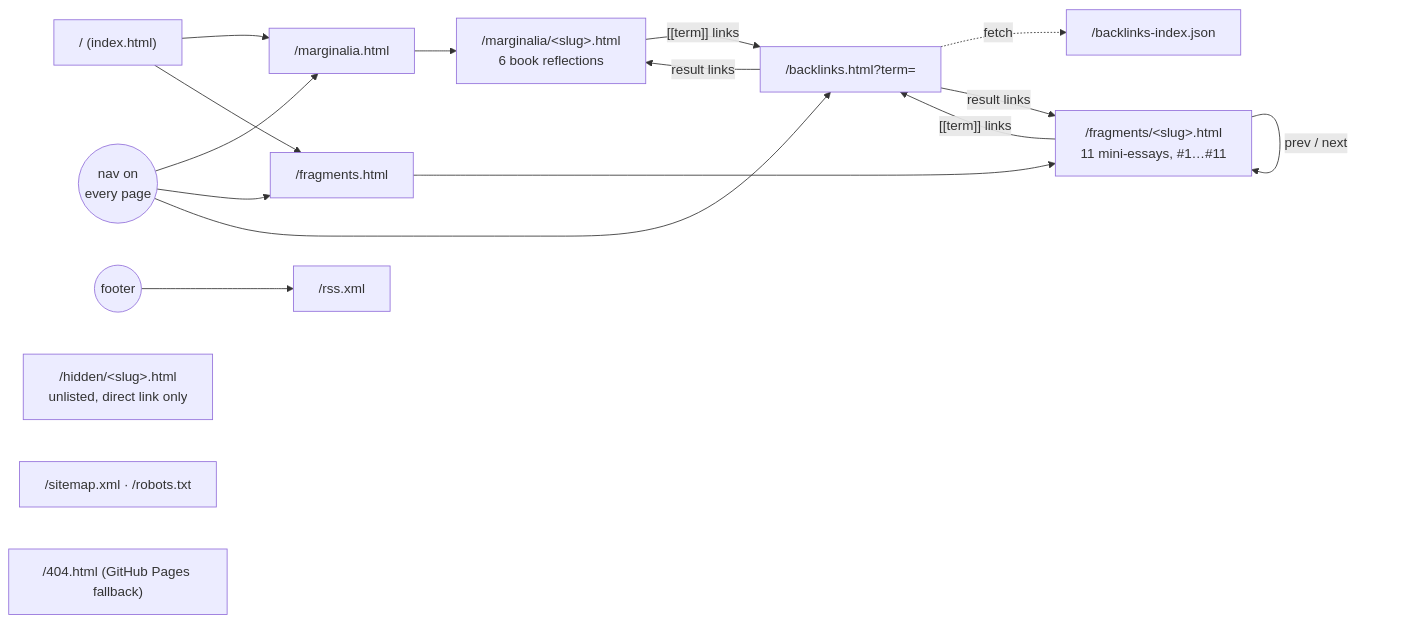
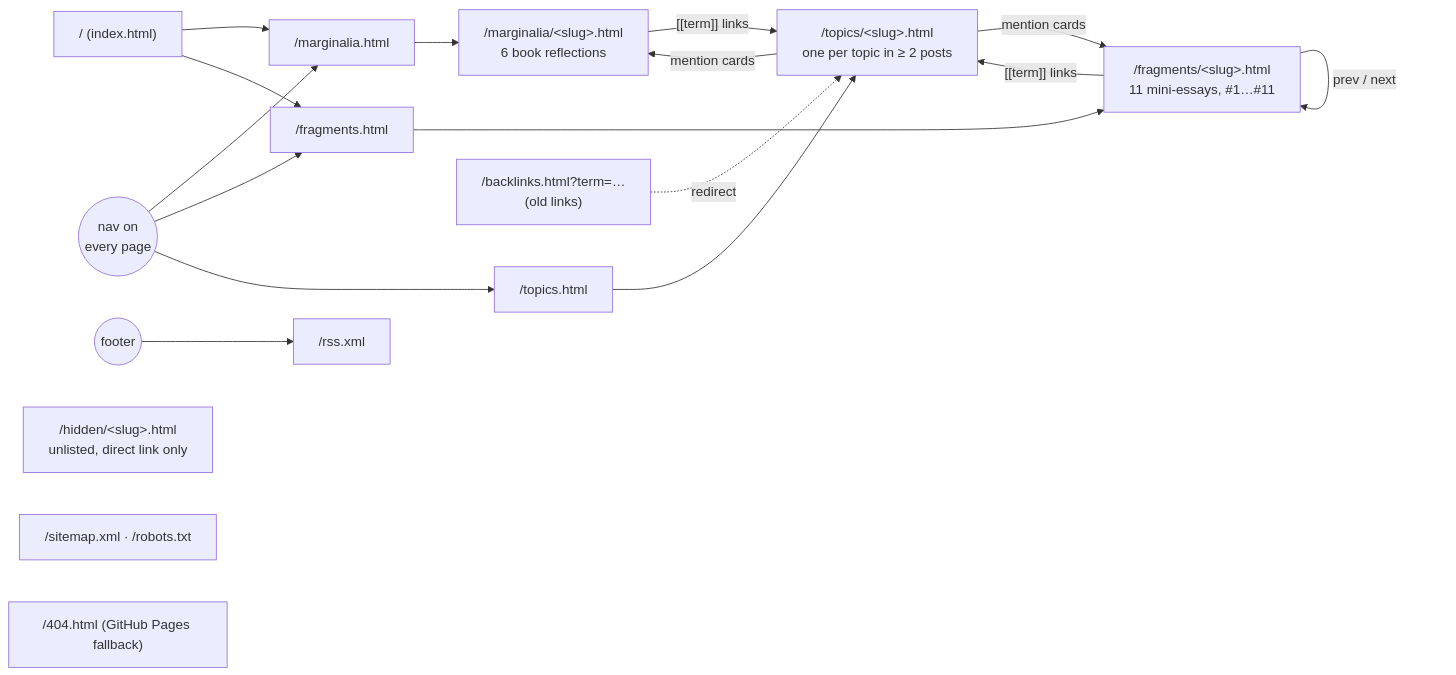
The ninth of 9 diagrams in ARCHITECTURE.md (raoul-g/raoulyy-blog), drawn with Mermaid before and after one commit. The commit also changed other lines of this file and 11 other files, not shown here.

First line of the commit message:
replace backlinks with static topic pages

````diff
--- a/ARCHITECTURE.md
+++ b/ARCHITECTURE.md
@@ -292,16 +275,17 @@
 ```mermaid
 flowchart LR
     HOME["/ (index.html)"] --> MAR["/marginalia.html"]
     HOME --> FRA["/fragments.html"]
-    NAV(("nav on<br/>every page")) --> MAR & FRA & BL["/backlinks.html?term="]
+    NAV(("nav on<br/>every page")) --> MAR & FRA & TOPS["/topics.html"]
     MAR --> MP["/marginalia/&lt;slug&gt;.html<br/>6 book reflections"]
     FRA --> FP["/fragments/&lt;slug&gt;.html<br/>11 mini-essays, #1…#11"]
     FP -->|prev / next| FP
-    MP & FP -- "[[term]] links" --> BL
-    BL -. "fetch" .-> IDX["/backlinks-index.json"]
-    BL -- "result links" --> MP & FP
+    TOPS --> TP["/topics/&lt;slug&gt;.html<br/>one per topic in ≥ 2 posts"]
+    MP & FP -- "[[term]] links" --> TP
+    TP -- "mention cards" --> MP & FP
+    OLD["/backlinks.html?term=…<br/>(old links)"] -. "redirect" .-> TP
     FOOT(("footer")) --> RSS["/rss.xml"]
     HID["/hidden/&lt;slug&gt;.html<br/>unlisted, direct link only"]
     SEO["/sitemap.xml · /robots.txt"]
     E404["/404.html (GitHub Pages fallback)"]
 ```
````
